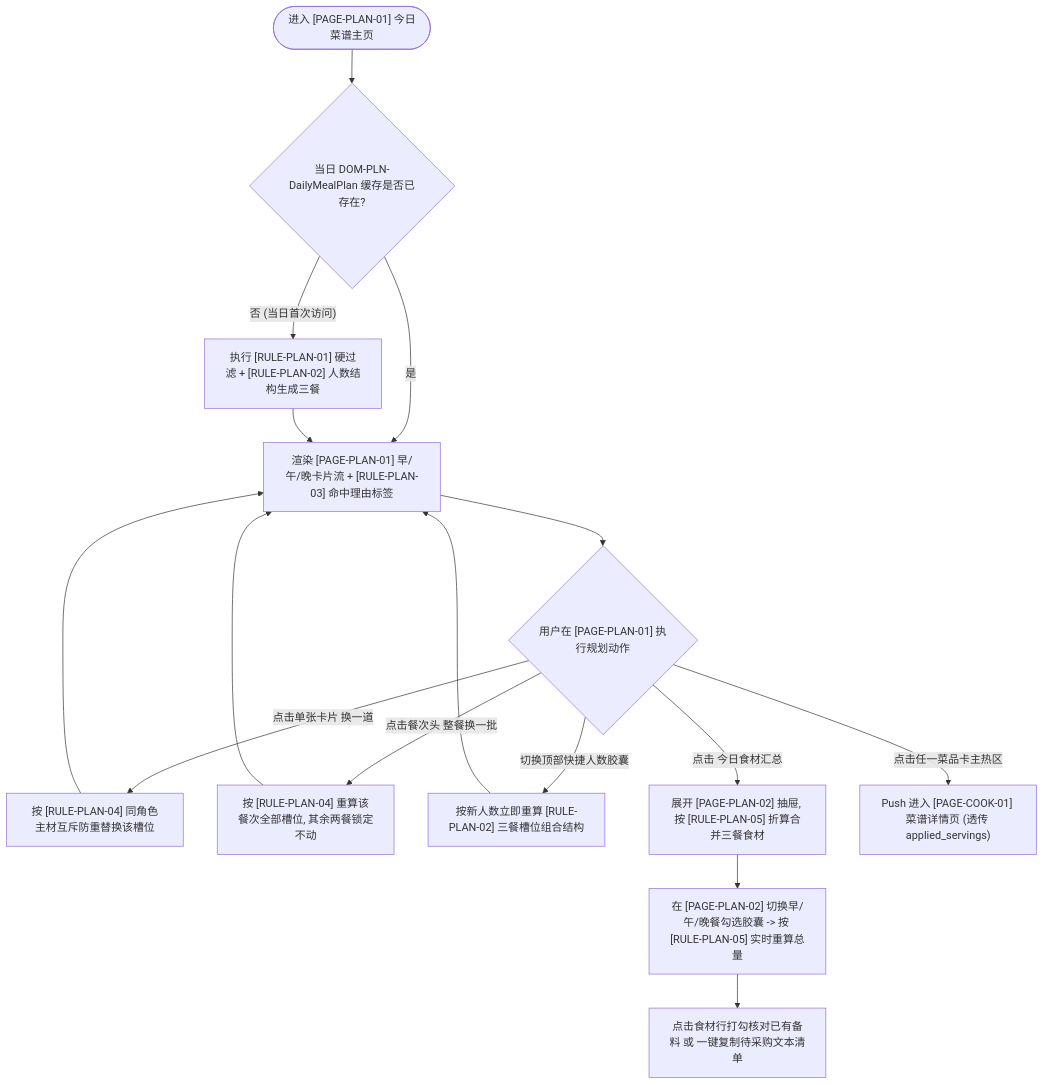
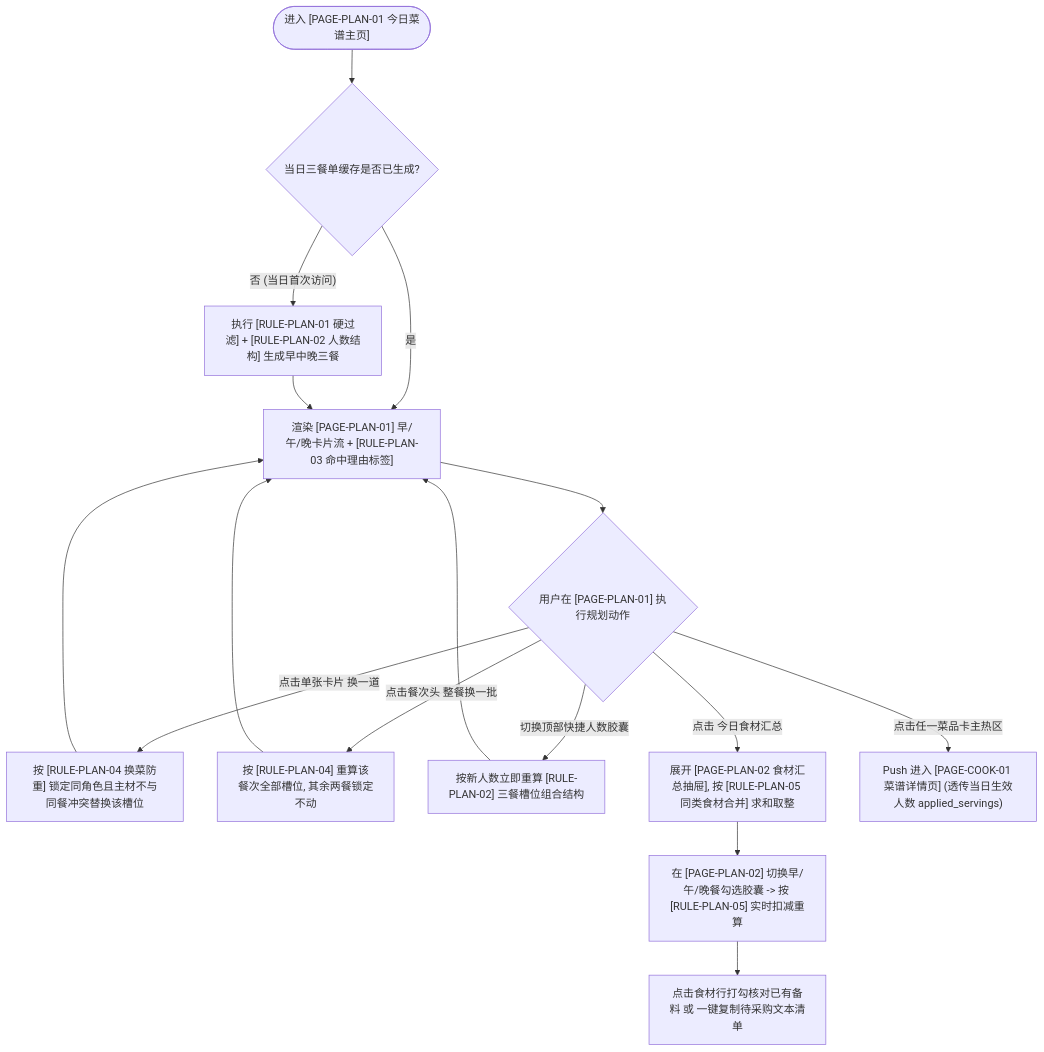
Before and after one commit to icecream154/Cookbook: the first of 2 diagrams in Product/spec/04-ia-and-flows/flows/meal-planning.md, drawn with Mermaid. The commit also changed other lines of this file and 43 other files, not shown here.

````diff
--- a/Product/spec/04-ia-and-flows/flows/meal-planning.md
+++ b/Product/spec/04-ia-and-flows/flows/meal-planning.md
@@ -11,19 +13,19 @@
 ```mermaid
 flowchart TD
-    ENTER(["进入 [PAGE-PLAN-01] 今日菜谱主页"]) --> HAS_PLAN{"当日 DOM-PLN-DailyMealPlan 缓存是否已存在?"}
-    HAS_PLAN -- "否 (当日首次访问)" --> GEN["执行 [RULE-PLAN-01] 硬过滤 + [RULE-PLAN-02] 人数结构生成三餐"]
-    HAS_PLAN -- "是" --> RENDER["渲染 [PAGE-PLAN-01] 早/午/晚卡片流 + [RULE-PLAN-03] 命中理由标签"]
+    ENTER(["进入 [PAGE-PLAN-01 今日菜谱主页]"]) --> HAS_PLAN{"当日三餐单缓存是否已生成?"}
+    HAS_PLAN -- "否 (当日首次访问)" --> GEN["执行 [RULE-PLAN-01 硬过滤] + [RULE-PLAN-02 人数结构] 生成早中晚三餐"]
+    HAS_PLAN -- "是" --> RENDER["渲染 [PAGE-PLAN-01] 早/午/晚卡片流 + [RULE-PLAN-03 命中理由标签]"]
     GEN --> RENDER
 
     RENDER --> ACT{"用户在 [PAGE-PLAN-01] 执行规划动作"}
-    ACT -- "点击单张卡片 换一道" --> SWAP_1["按 [RULE-PLAN-04] 同角色主材互斥防重替换该槽位"]
+    ACT -- "点击单张卡片 换一道" --> SWAP_1["按 [RULE-PLAN-04 换菜防重] 锁定同角色且主材不与同餐冲突替换该槽位"]
     ACT -- "点击餐次头 整餐换一批" --> SWAP_M["按 [RULE-PLAN-04] 重算该餐次全部槽位, 其余两餐锁定不动"]
     ACT -- "切换顶部快捷人数胶囊" --> QUICK_SV["按新人数立即重算 [RULE-PLAN-02] 三餐槽位组合结构"]
-    ACT -- "点击 今日食材汇总" --> OPEN_SUM["展开 [PAGE-PLAN-02] 抽屉, 按 [RULE-PLAN-05] 折算合并三餐食材"]
+    ACT -- "点击 今日食材汇总" --> OPEN_SUM["展开 [PAGE-PLAN-02 食材汇总抽屉], 按 [RULE-PLAN-05 同类食材合并] 求和取整"]
 
-    OPEN_SUM --> TOGGLE_MEAL["在 [PAGE-PLAN-02] 切换早/午/晚餐勾选胶囊 -> 按 [RULE-PLAN-05] 实时重算总量"]
+    OPEN_SUM --> TOGGLE_MEAL["在 [PAGE-PLAN-02] 切换早/午/晚餐勾选胶囊 -> 按 [RULE-PLAN-05] 实时扣减重算"]
     TOGGLE_MEAL --> CHECK_OFF["点击食材行打勾核对已有备料 或 一键复制待采购文本清单"]
 
     SWAP_1 & SWAP_M & QUICK_SV --> RENDER
-    ACT -- "点击任一菜品卡主热区" --> GO_COOK["Push 进入 [PAGE-COOK-01] 菜谱详情页 (透传 applied_servings)"]
+    ACT -- "点击任一菜品卡主热区" --> GO_COOK["Push 进入 [PAGE-COOK-01 菜谱详情页] (透传当日生效人数 applied_servings)"]
 ```
````
